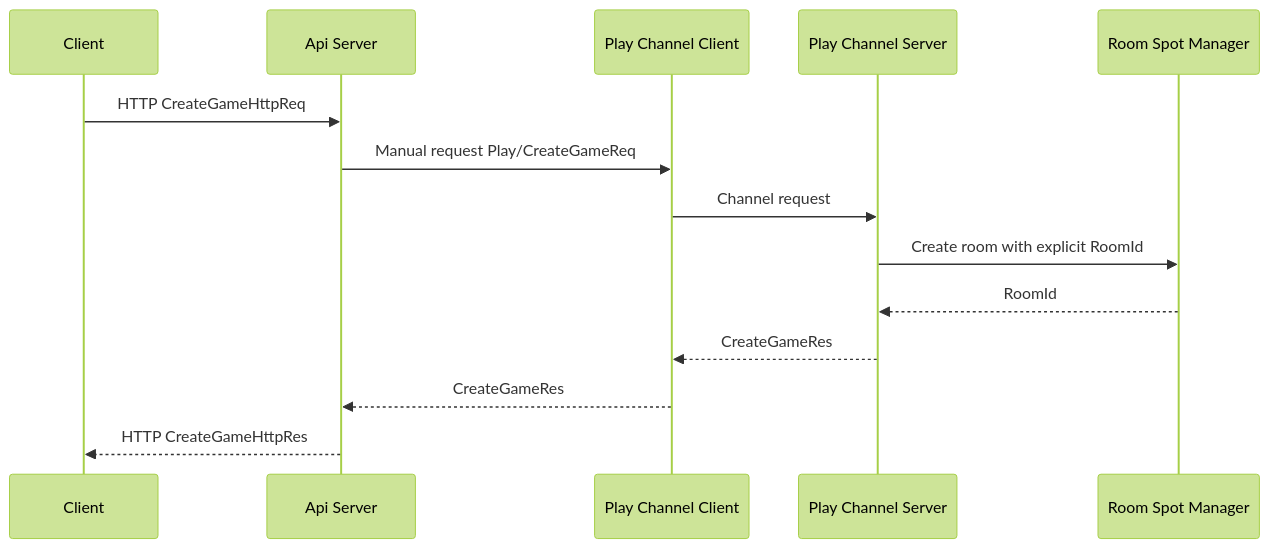
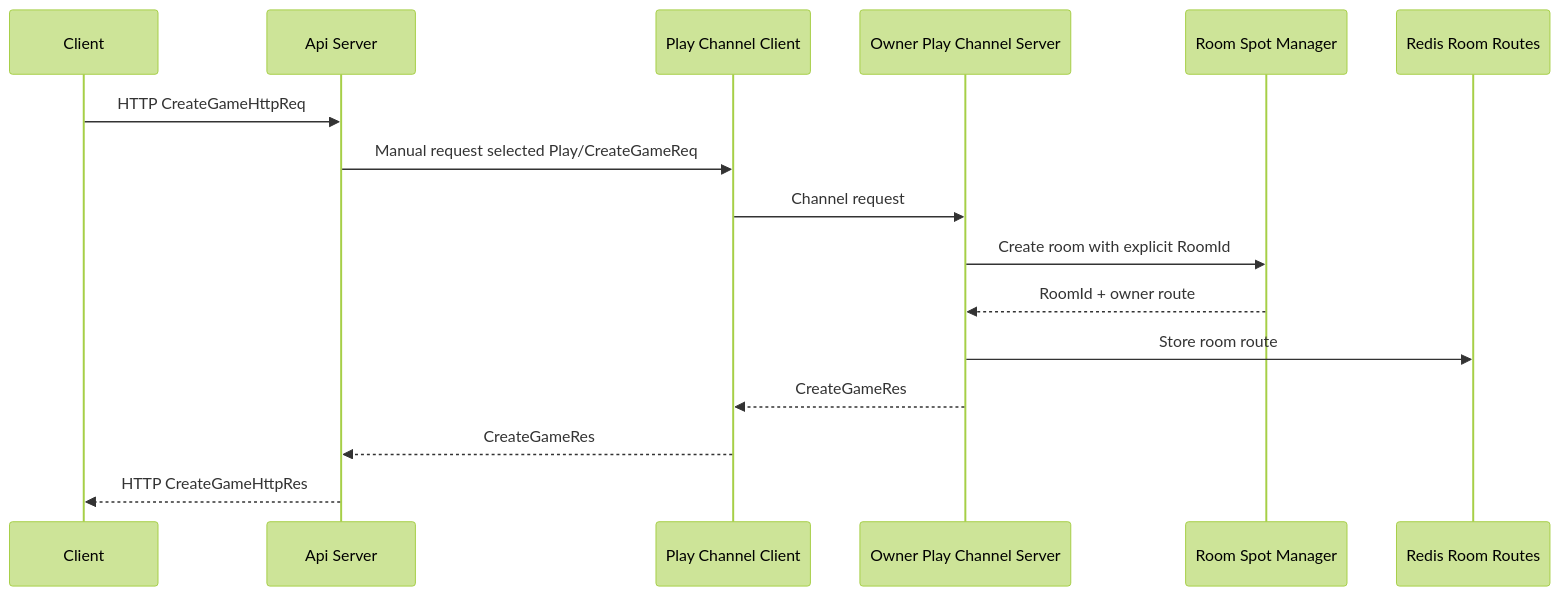
The second of 5 diagrams in framework/doc/framework/common/sample/tictactoe/README.ko.md (kairos-code-dev/zlink), drawn with Mermaid (forest theme) before and after one commit. The commit also changed other lines of this file and 44 other files, not shown here.

````diff
--- a/framework/doc/framework/common/sample/tictactoe/README.ko.md
+++ b/framework/doc/framework/common/sample/tictactoe/README.ko.md
@@ -446,17 +581,19 @@
 ```mermaid
 sequenceDiagram
     participant C as Client
     participant API as Api Server
     participant PLAYC as Play Channel Client
-    participant PLAYS as Play Channel Server
+    participant PLAYS as Owner Play Channel Server
     participant ROOMS as Room Spot Manager
+    participant REDIS as Redis Room Routes
 
     C->>API: HTTP CreateGameHttpReq
-    API->>PLAYC: Manual request Play/CreateGameReq
+    API->>PLAYC: Manual request selected Play/CreateGameReq
     PLAYC->>PLAYS: Channel request
     PLAYS->>ROOMS: Create room with explicit RoomId
-    ROOMS-->>PLAYS: RoomId
+    ROOMS-->>PLAYS: RoomId + owner route
+    PLAYS->>REDIS: Store room route
     PLAYS-->>PLAYC: CreateGameRes
     PLAYC-->>API: CreateGameRes
     API-->>C: HTTP CreateGameHttpRes
 ```
````
